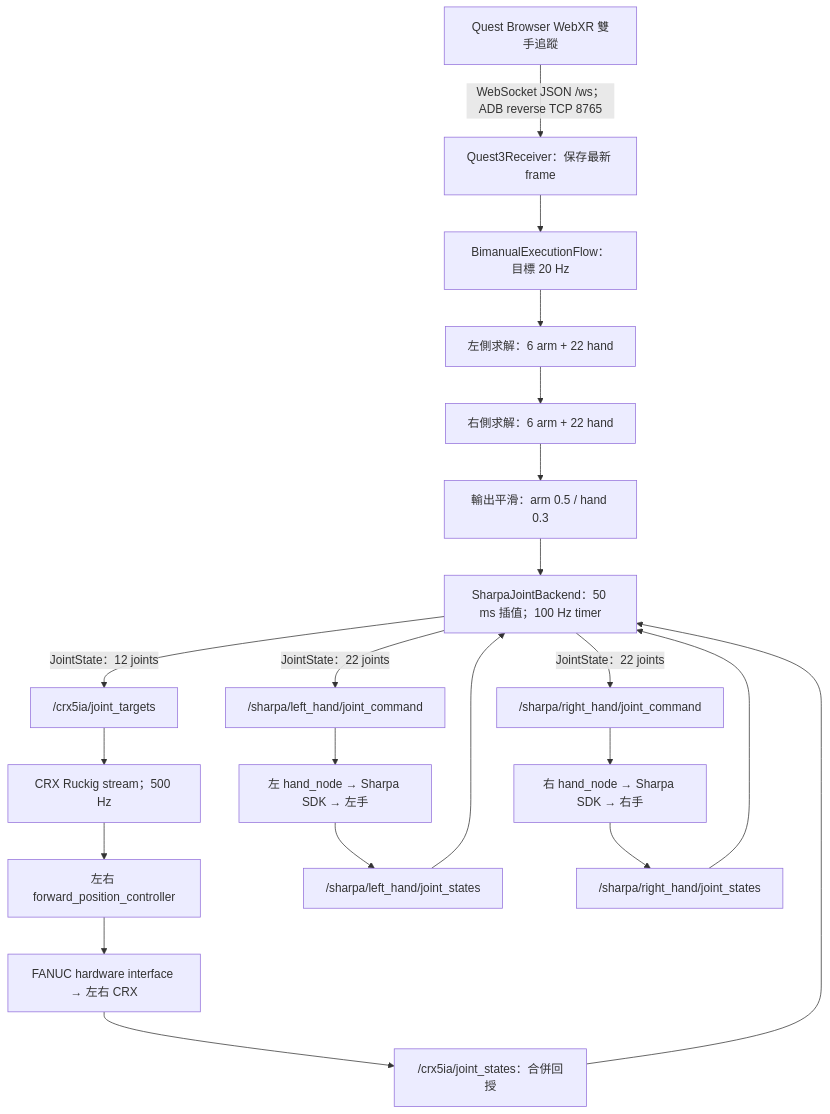
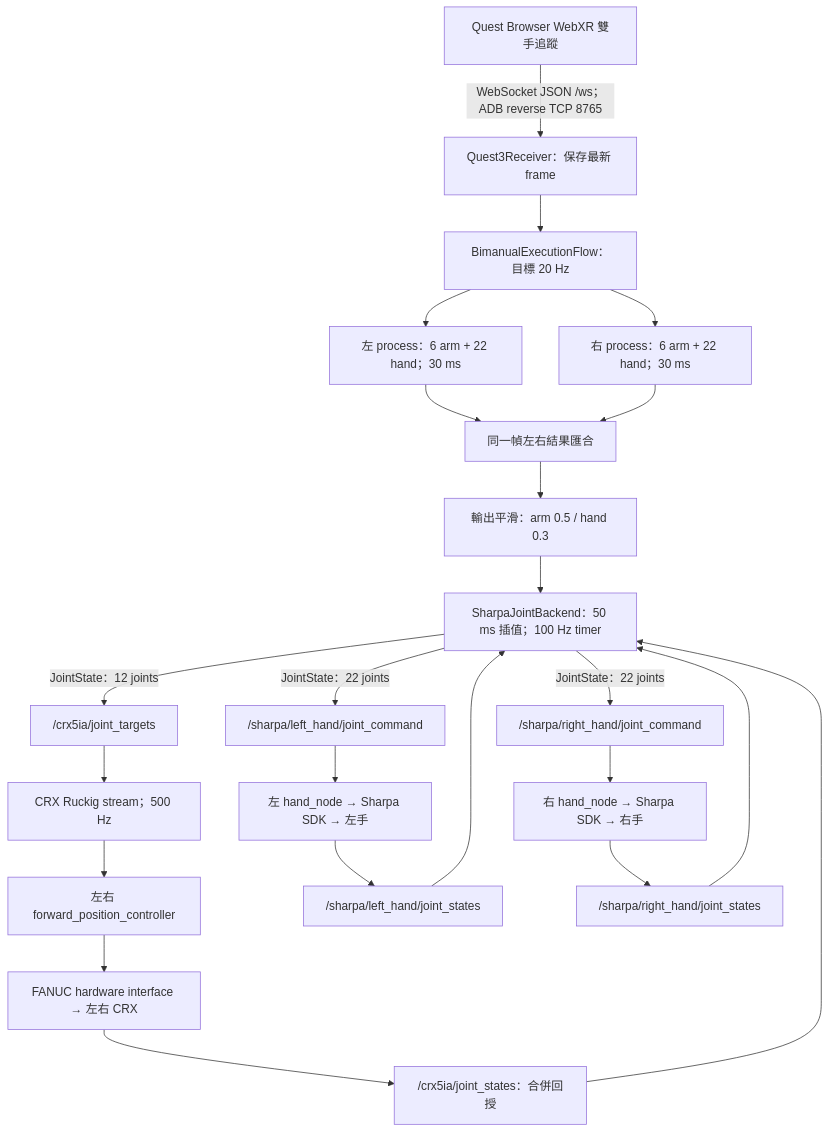
Before and after one commit to MSC-UCB/retargeting_crx_sharpa: the diagram in docs/crx-sharpa-teleop-latency-investigation.md, drawn with Mermaid. The commit also changed other lines of this file and 11 other files, not shown here.

````diff
--- a/docs/crx-sharpa-teleop-latency-investigation.md
+++ b/docs/crx-sharpa-teleop-latency-investigation.md
@@ -43,23 +45,25 @@
 ```mermaid
 flowchart TD
     Q[Quest Browser WebXR 雙手追蹤] -->|WebSocket JSON /ws；ADB reverse TCP 8765| I[Quest3Receiver：保存最新 frame]
     I --> F[BimanualExecutionFlow：目標 20 Hz]
-    F --> L[左側求解：6 arm + 22 hand]
-    L --> R[右側求解：6 arm + 22 hand]
-    R --> S[輸出平滑：arm 0.5 / hand 0.3]
+    F --> L[左 process：6 arm + 22 hand；30 ms]
+    F --> R[右 process：6 arm + 22 hand；30 ms]
+    L --> J[同一幀左右結果匯合]
+    R --> J
+    J --> S[輸出平滑：arm 0.5 / hand 0.3]
     S --> B[SharpaJointBackend：50 ms 插值；100 Hz timer]
     B -->|JointState：12 joints| A["/crx5ia/joint_targets"]
     B -->|JointState：22 joints| LH["/sharpa/left_hand/joint_command"]
     B -->|JointState：22 joints| RH["/sharpa/right_hand/joint_command"]
     A --> C[CRX Ruckig stream；500 Hz]
     C --> P[左右 forward_position_controller]
     P --> H[FANUC hardware interface → 左右 CRX]
     LH --> SL[左 hand_node → Sharpa SDK → 左手]
     RH --> SR[右 hand_node → Sharpa SDK → 右手]
     H --> M["/crx5ia/joint_states：合併回授"]
     SL --> FL["/sharpa/left_hand/joint_states"]
     SR --> FR["/sharpa/right_hand/joint_states"]
     M --> B
     FL --> B
     FR --> B
 ```
````
